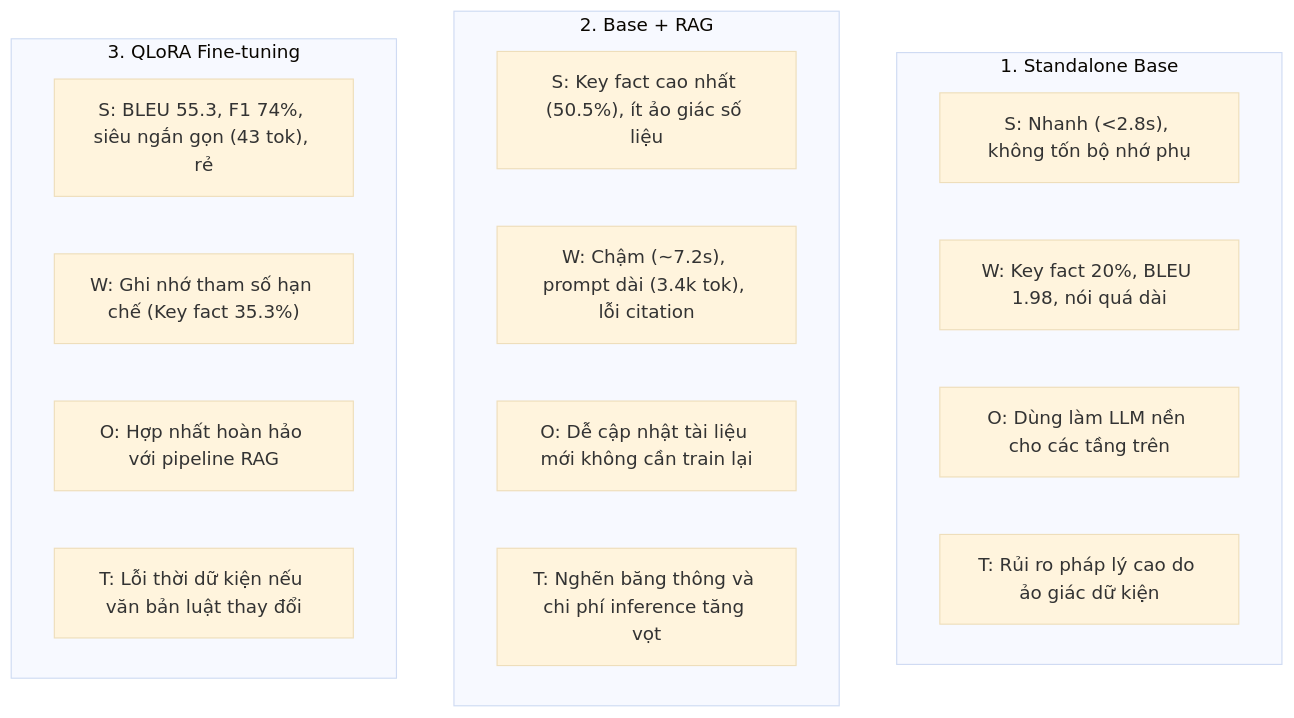
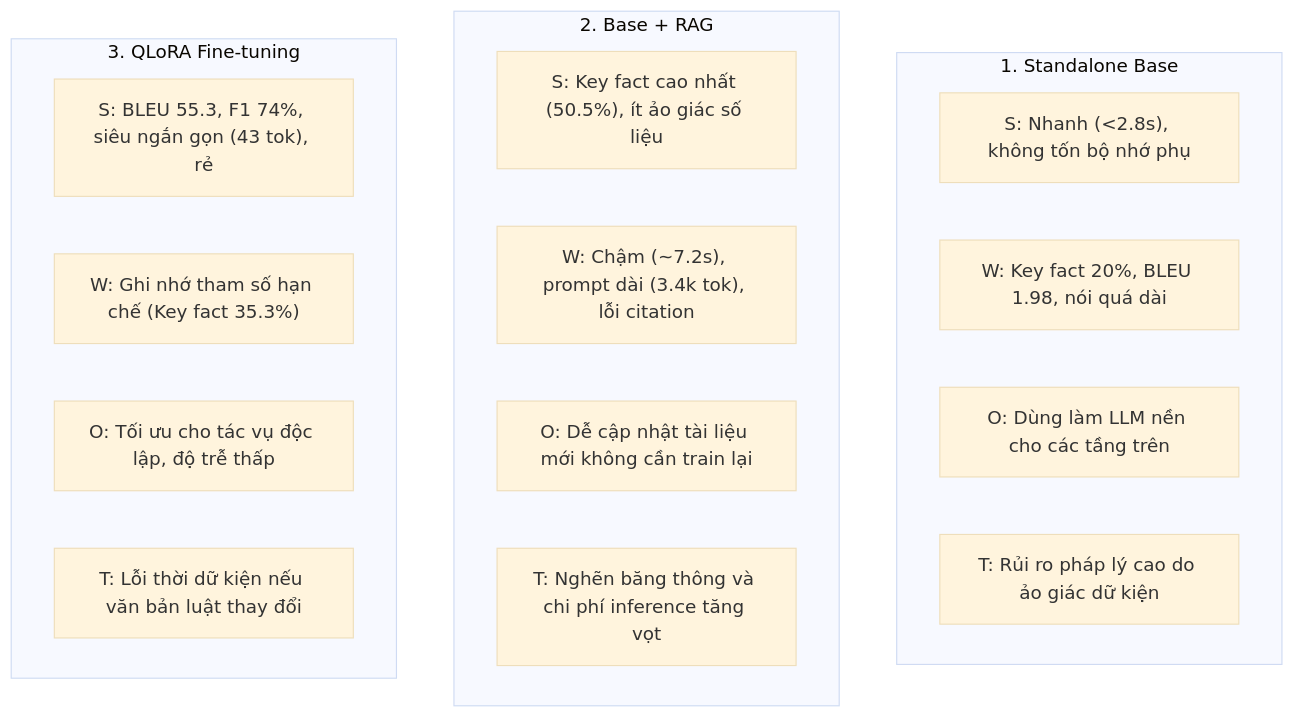
Before and after one commit to qtamtensor05/ViGovBot: the second of 2 diagrams in docs/reports/bao-cao-so-sanh-tong-hop-3-model-base-rag-qlora.md, drawn with Mermaid (base theme). The commit also changed other lines of this file and 19 other files, not shown here.

Commit message:
refactor: remove combined qlora rag deployment flow

````diff
--- a/docs/reports/bao-cao-so-sanh-tong-hop-3-model-base-rag-qlora.md
+++ b/docs/reports/bao-cao-so-sanh-tong-hop-3-model-base-rag-qlora.md
@@ -160,21 +158,21 @@
 ```mermaid
 flowchart TD
     subgraph Base_SWOT["1. Standalone Base"]
         B_S["S: Nhanh (<2.8s), không tốn bộ nhớ phụ"]
         B_W["W: Key fact 20%, BLEU 1.98, nói quá dài"]
         B_O["O: Dùng làm LLM nền cho các tầng trên"]
         B_T["T: Rủi ro pháp lý cao do ảo giác dữ kiện"]
     end
     subgraph RAG_SWOT["2. Base + RAG"]
         R_S["S: Key fact cao nhất (50.5%), ít ảo giác số liệu"]
         R_W["W: Chậm (~7.2s), prompt dài (3.4k tok), lỗi citation"]
         R_O["O: Dễ cập nhật tài liệu mới không cần train lại"]
         R_T["T: Nghẽn băng thông và chi phí inference tăng vọt"]
     end
     subgraph QLoRA_SWOT["3. QLoRA Fine-tuning"]
         Q_S["S: BLEU 55.3, F1 74%, siêu ngắn gọn (43 tok), rẻ"]
         Q_W["W: Ghi nhớ tham số hạn chế (Key fact 35.3%)"]
-        Q_O["O: Hợp nhất hoàn hảo với pipeline RAG"]
+        Q_O["O: Tối ưu cho tác vụ độc lập, độ trễ thấp"]
         Q_T["T: Lỗi thời dữ kiện nếu văn bản luật thay đổi"]
     end
 ```
````
